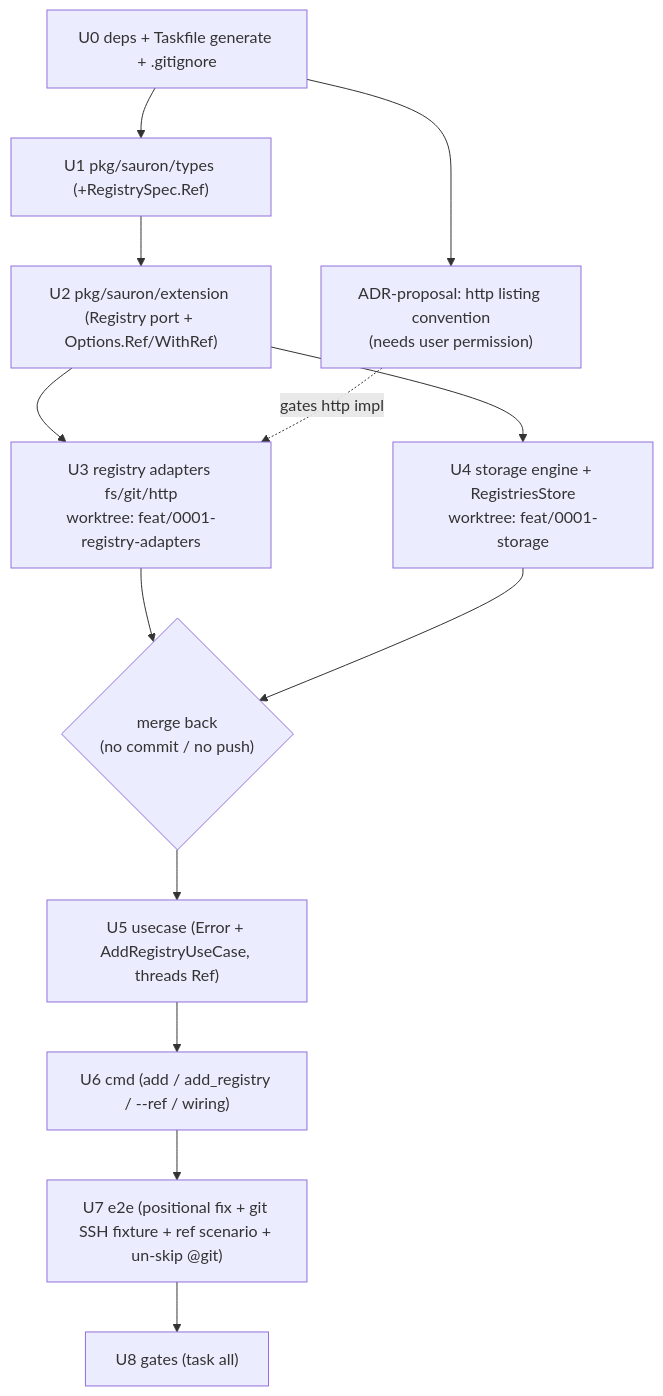
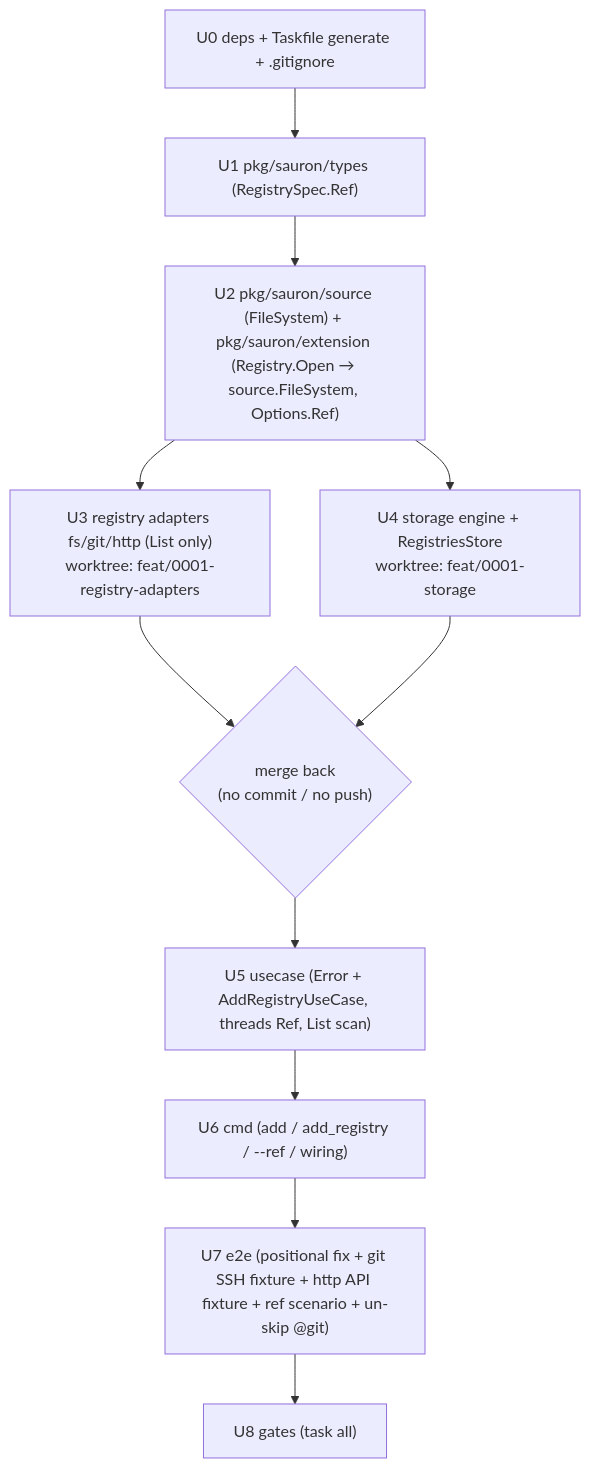
One commit to Delfimarime/sauron changed the third of 3 diagrams in spec/0001-add-registry/plan.md. Above: the diagram before and after it, drawn with Mermaid. The commit also changed other lines of this file and 3 other files, not shown here.

````diff
--- a/spec/0001-add-registry/plan.md
+++ b/spec/0001-add-registry/plan.md
@@ -366,15 +353,13 @@
 ```mermaid
 graph TD
-  U0["U0 deps + Taskfile generate + .gitignore"] --> U1["U1 pkg/sauron/types (+RegistrySpec.Ref)"]
-  U1 --> U2["U2 pkg/sauron/extension (Registry port + Options.Ref/WithRef)"]
-  U0 --> ADR["ADR-proposal: http listing convention<br/>(needs user permission)"]
-  U2 --> U3["U3 registry adapters fs/git/http<br/>worktree: feat/0001-registry-adapters"]
+  U0["U0 deps + Taskfile generate + .gitignore"] --> U1["U1 pkg/sauron/types (RegistrySpec.Ref)"]
+  U1 --> U2["U2 pkg/sauron/source (FileSystem) + pkg/sauron/extension (Registry.Open → source.FileSystem, Options.Ref)"]
+  U2 --> U3["U3 registry adapters fs/git/http (List only)<br/>worktree: feat/0001-registry-adapters"]
   U2 --> U4["U4 storage engine + RegistriesStore<br/>worktree: feat/0001-storage"]
-  ADR -.gates http impl.-> U3
   U3 --> M{"merge back<br/>(no commit / no push)"}
   U4 --> M
-  M --> U5["U5 usecase (Error + AddRegistryUseCase, threads Ref)"]
+  M --> U5["U5 usecase (Error + AddRegistryUseCase, threads Ref, List scan)"]
   U5 --> U6["U6 cmd (add / add_registry / --ref / wiring)"]
-  U6 --> U7["U7 e2e (positional fix + git SSH fixture + ref scenario + un-skip @git)"]
+  U6 --> U7["U7 e2e (positional fix + git SSH fixture + http API fixture + ref scenario + un-skip @git)"]
   U7 --> U8["U8 gates (task all)"]
 ```
````
